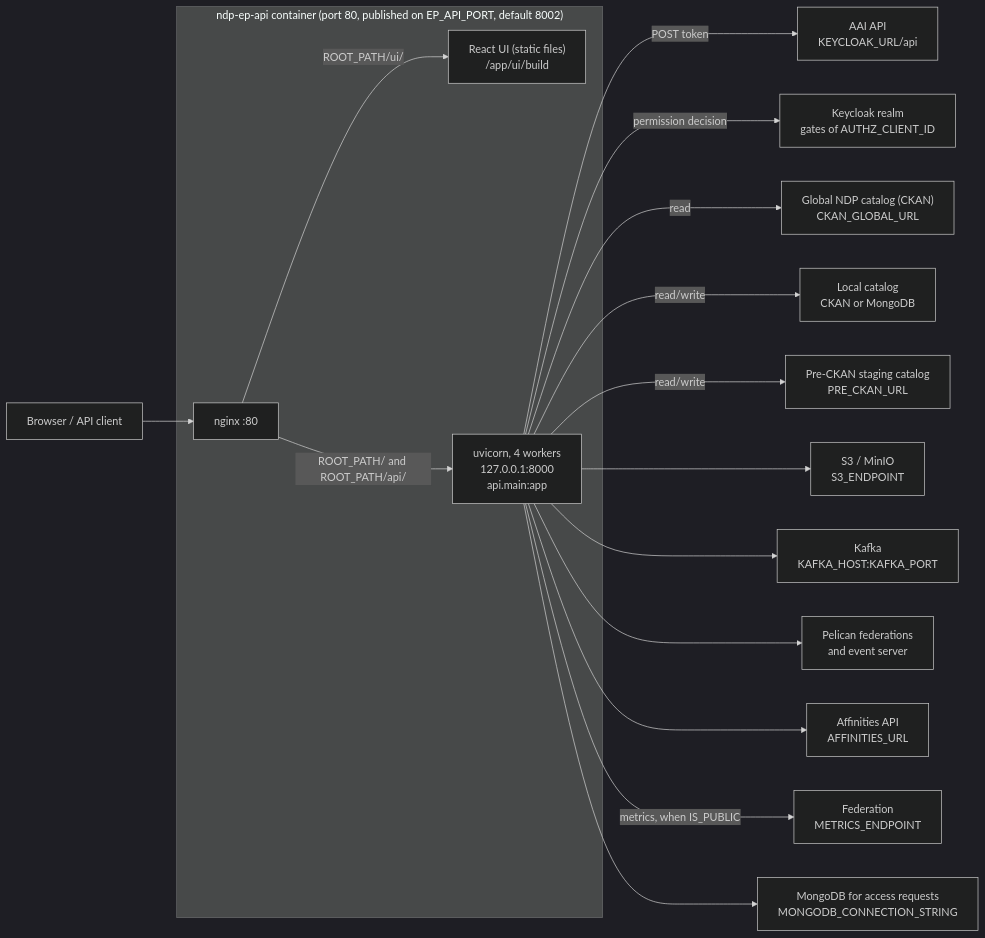
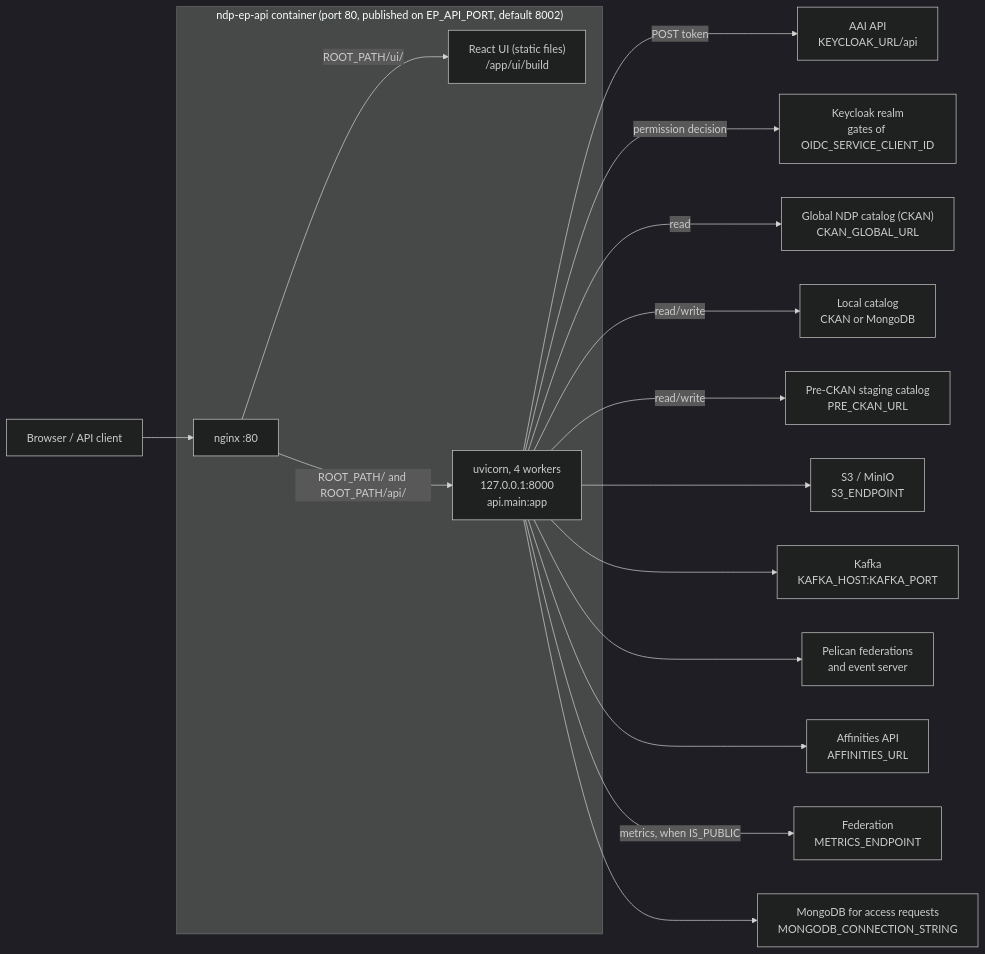
One commit to national-data-platform/ep-api changed the first of 3 diagrams in docs/architecture/overview.md. Above: the diagram before and after it, drawn with Mermaid (dark theme). The commit also changed other lines of this file and 36 other files, not shown here.

First line of the commit message:
Refactor Keycloak client references to OIDC_SERVICE_CLIENT_ID

````diff
--- a/docs/architecture/overview.md
+++ b/docs/architecture/overview.md
@@ -34,26 +34,26 @@
 ```mermaid
 flowchart LR
     Browser["Browser / API client"]
 
     subgraph Container["ndp-ep-api container (port 80, published on EP_API_PORT, default 8002)"]
         Nginx["nginx :80"]
         UI["React UI (static files)<br/>/app/ui/build"]
         Uvicorn["uvicorn, 4 workers<br/>127.0.0.1:8000<br/>api.main:app"]
         Nginx -->|"ROOT_PATH/ui/"| UI
         Nginx -->|"ROOT_PATH/ and ROOT_PATH/api/"| Uvicorn
     end
 
     Browser --> Nginx
 
     Uvicorn -->|"POST token"| AAI["AAI API<br/>KEYCLOAK_URL/api"]
-    Uvicorn -->|"permission decision"| Keycloak["Keycloak realm<br/>gates of AUTHZ_CLIENT_ID"]
+    Uvicorn -->|"permission decision"| Keycloak["Keycloak realm<br/>gates of OIDC_SERVICE_CLIENT_ID"]
     Uvicorn -->|read| Global["Global NDP catalog (CKAN)<br/>CKAN_GLOBAL_URL"]
     Uvicorn -->|read/write| Local["Local catalog<br/>CKAN or MongoDB"]
     Uvicorn -->|read/write| Pre["Pre-CKAN staging catalog<br/>PRE_CKAN_URL"]
     Uvicorn --> S3["S3 / MinIO<br/>S3_ENDPOINT"]
     Uvicorn --> Kafka["Kafka<br/>KAFKA_HOST:KAFKA_PORT"]
     Uvicorn --> Pelican["Pelican federations<br/>and event server"]
     Uvicorn --> Affinities["Affinities API<br/>AFFINITIES_URL"]
     Uvicorn -->|"metrics, when IS_PUBLIC"| Federation["Federation<br/>METRICS_ENDPOINT"]
     Uvicorn --> Mongo["MongoDB for access requests<br/>MONGODB_CONNECTION_STRING"]
 ```
````
